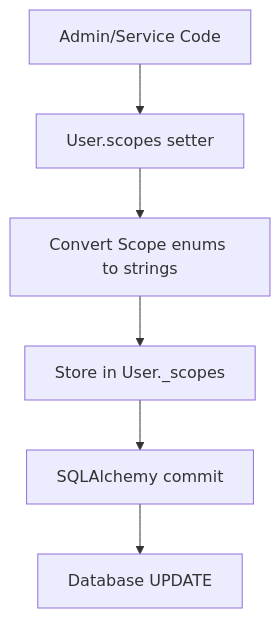
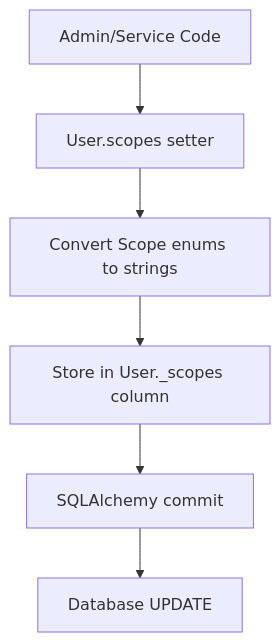
The third of 4 diagrams in design/002-user-scopes-strenum.md (mplemay/belgie), drawn with Mermaid before and after one commit. The commit also changed other lines of this file, not shown here.

Commit message:
docs: revise design to support user-defined scope enums with array storage

````diff
--- a/design/002-user-scopes-strenum.md
+++ b/design/002-user-scopes-strenum.md
@@ -143,8 +181,8 @@
 ```mermaid
 graph TD
     A[Admin/Service Code] --> B[User.scopes setter]
     B --> C[Convert Scope enums to strings]
-    C --> D[Store in User._scopes]
+    C --> D[Store in User._scopes column]
     D --> E[SQLAlchemy commit]
     E --> F[Database UPDATE]
 ```
````
